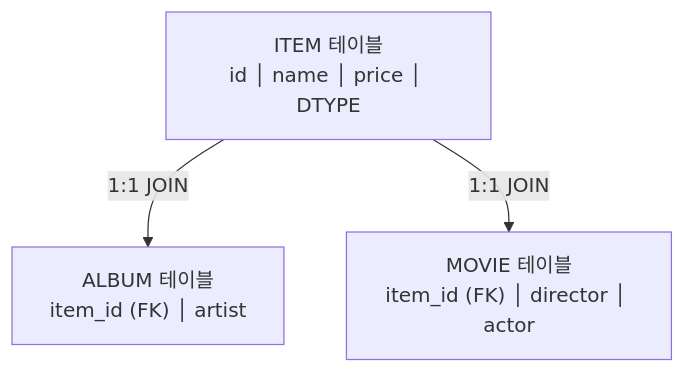
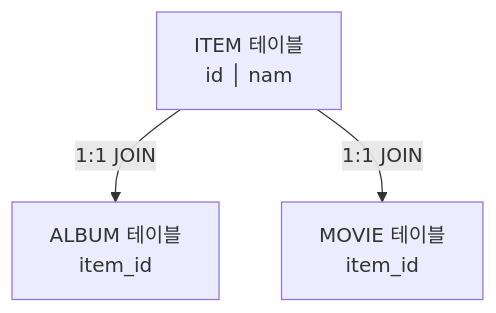
One commit to yjkim2015/yjkim2015.github.io changed the ninth of 10 diagrams in _posts/jpa/2026-05-01-jpa-fundamentals.md. Above: the diagram before and after it, drawn with Mermaid. The commit also changed other lines of this file and 271 other files, not shown here.

First line of the commit message:
Mermaid 라벨 축소: 긴 노드 텍스트 18자 이하로 트림 + \n 제거

````diff
--- a/_posts/jpa/2026-05-01-jpa-fundamentals.md
+++ b/_posts/jpa/2026-05-01-jpa-fundamentals.md
@@ -494,8 +494,8 @@
 ```mermaid
 graph TD
-    ITEM["ITEM 테이블\nid │ name │ price │ DTYPE"]
-    ALBUM["ALBUM 테이블\nitem_id (FK) │ artist"]
-    MOVIE["MOVIE 테이블\nitem_id (FK) │ director │ actor"]
+    ITEM["ITEM 테이블\nid │ nam"]
+    ALBUM["ALBUM 테이블\nitem_id"]
+    MOVIE["MOVIE 테이블\nitem_id"]
     ITEM -->|"1:1 JOIN"| ALBUM
     ITEM -->|"1:1 JOIN"| MOVIE
 ```
````
